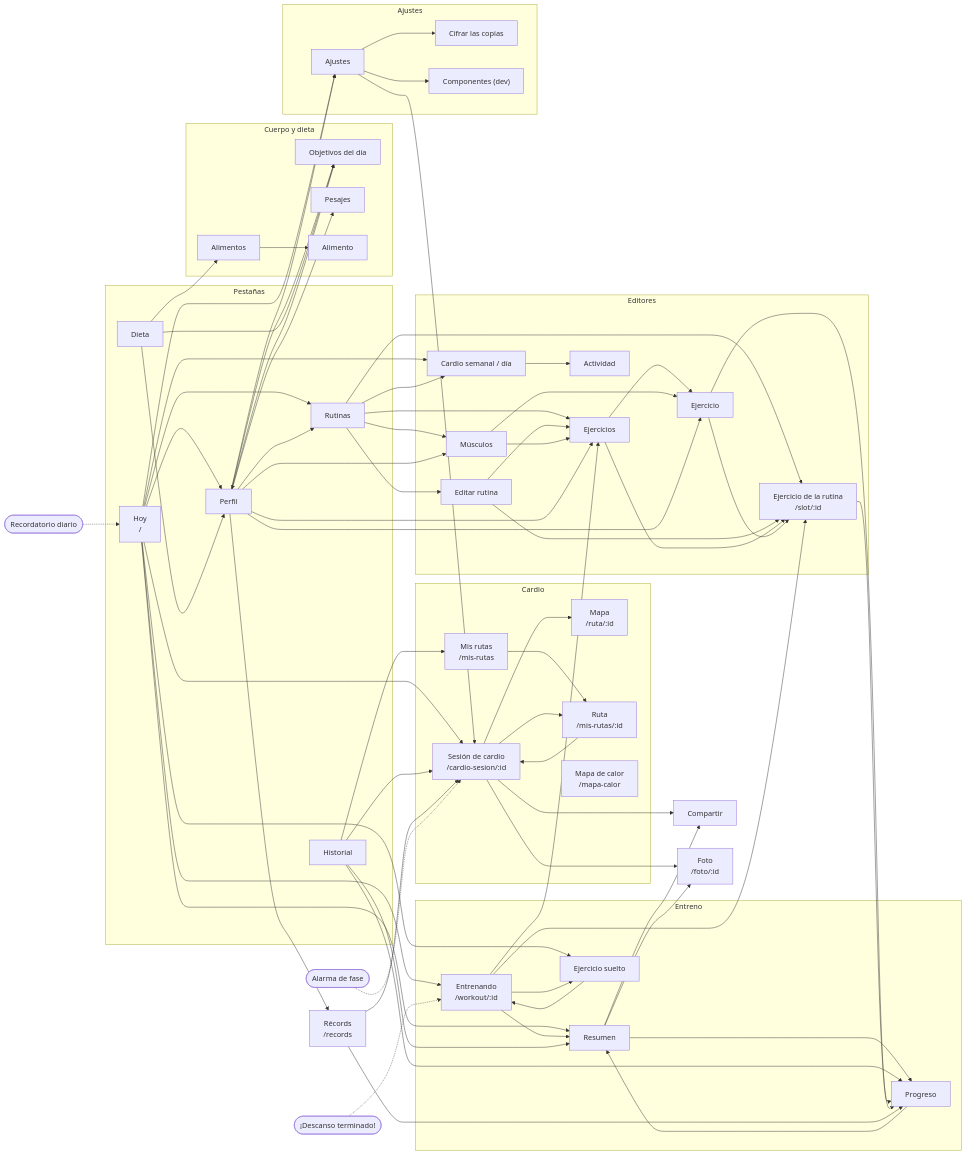
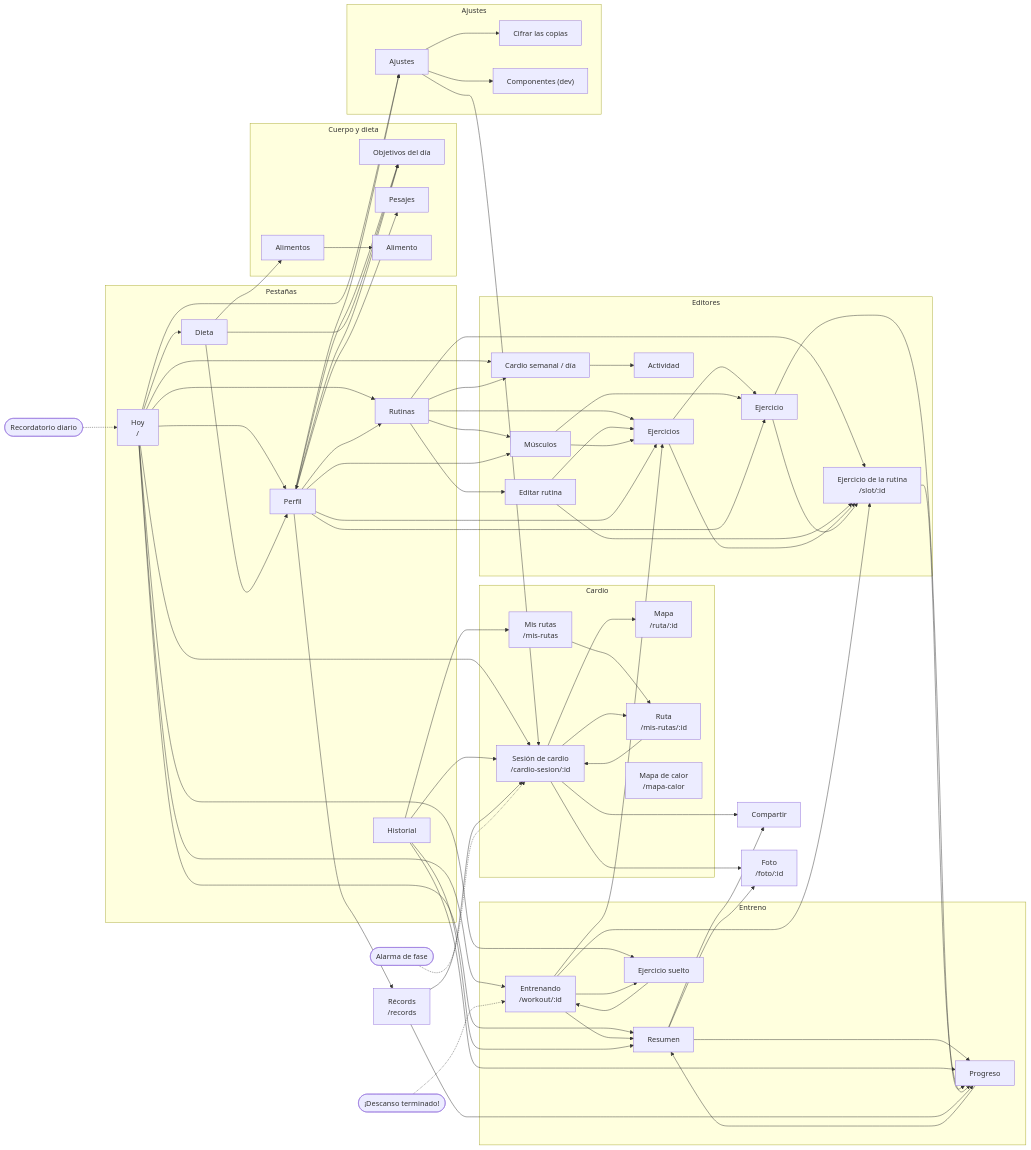
Before and after one commit to fabgs/asistente-entrenamiento: the third of 11 diagrams in ARCHITECTURE.md, drawn with Mermaid. The commit also changed other lines of this file and 24 other files, not shown here.

```diff
--- a/ARCHITECTURE.md
+++ b/ARCHITECTURE.md
@@ -511,6 +516,7 @@
   HOY --> CW
   HOY --> PER
   HOY --> AJ
+  HOY --> DIE
   SUE --> WO
   WO --> SUE
   WO --> RES
```
